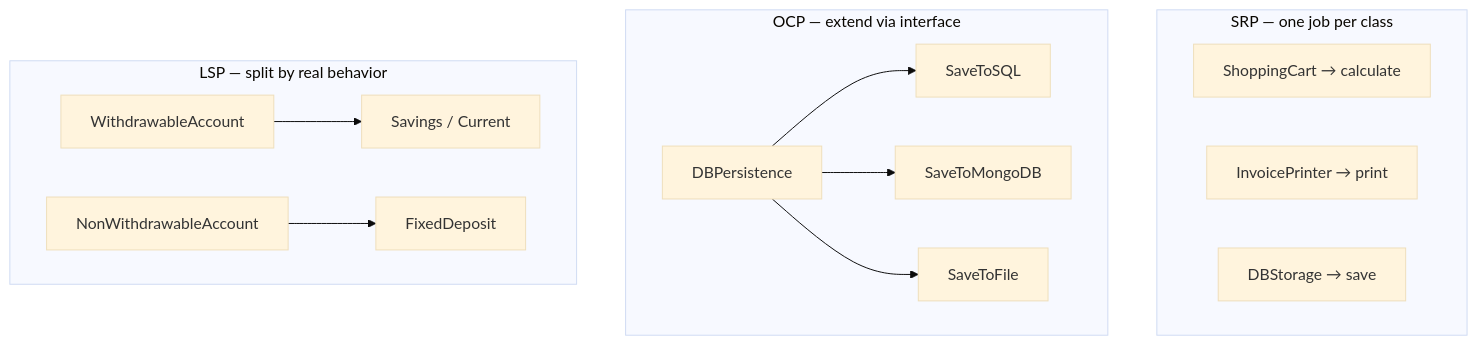
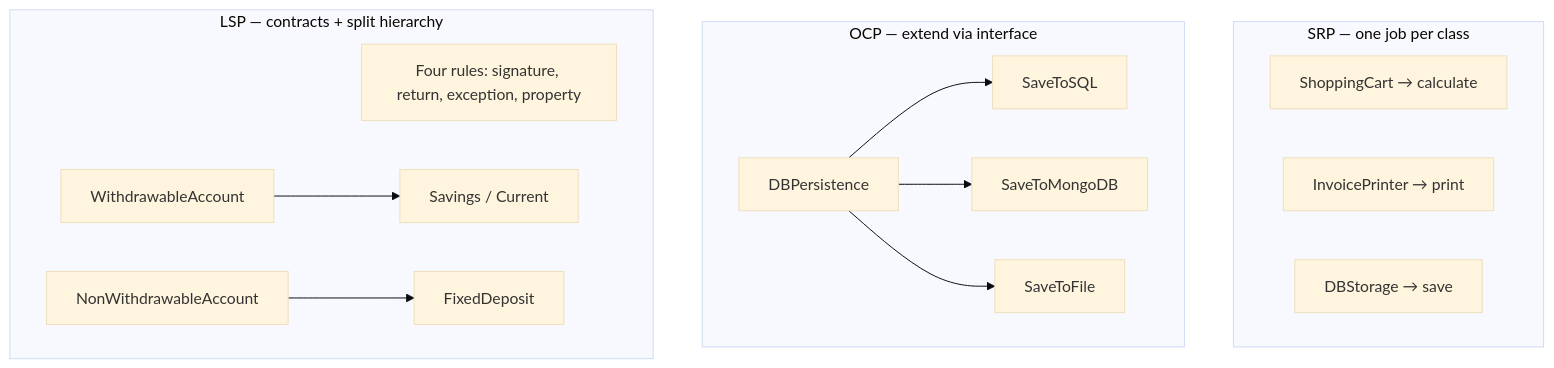
Before and after one commit to rajromil/System-Design: diagram 16 of 16 in SOLID PRINCIPLES/NOTES.md, drawn with Mermaid (base theme). The commit also changed other lines of this file, not shown here.

````diff
--- a/SOLID PRINCIPLES/NOTES.md
+++ b/SOLID PRINCIPLES/NOTES.md
@@ -566,25 +890,26 @@
 ```mermaid
 flowchart TB
     subgraph SRP["SRP — one job per class"]
         S1["ShoppingCart → calculate"]
         S2["InvoicePrinter → print"]
         S3["DBStorage → save"]
     end
 
     subgraph OCP["OCP — extend via interface"]
         O0["DBPersistence"]
         O1["SaveToSQL"]
         O2["SaveToMongoDB"]
         O3["SaveToFile"]
         O0 --> O1 & O2 & O3
     end
 
-    subgraph LSP["LSP — split by real behavior"]
+    subgraph LSP["LSP — contracts + split hierarchy"]
+        L0["Four rules: signature, return, exception, property"]
         L1["WithdrawableAccount"]
         L2["Savings / Current"]
         L3["NonWithdrawableAccount"]
         L4["FixedDeposit"]
         L1 --> L2
         L3 --> L4
     end
 ```
````
